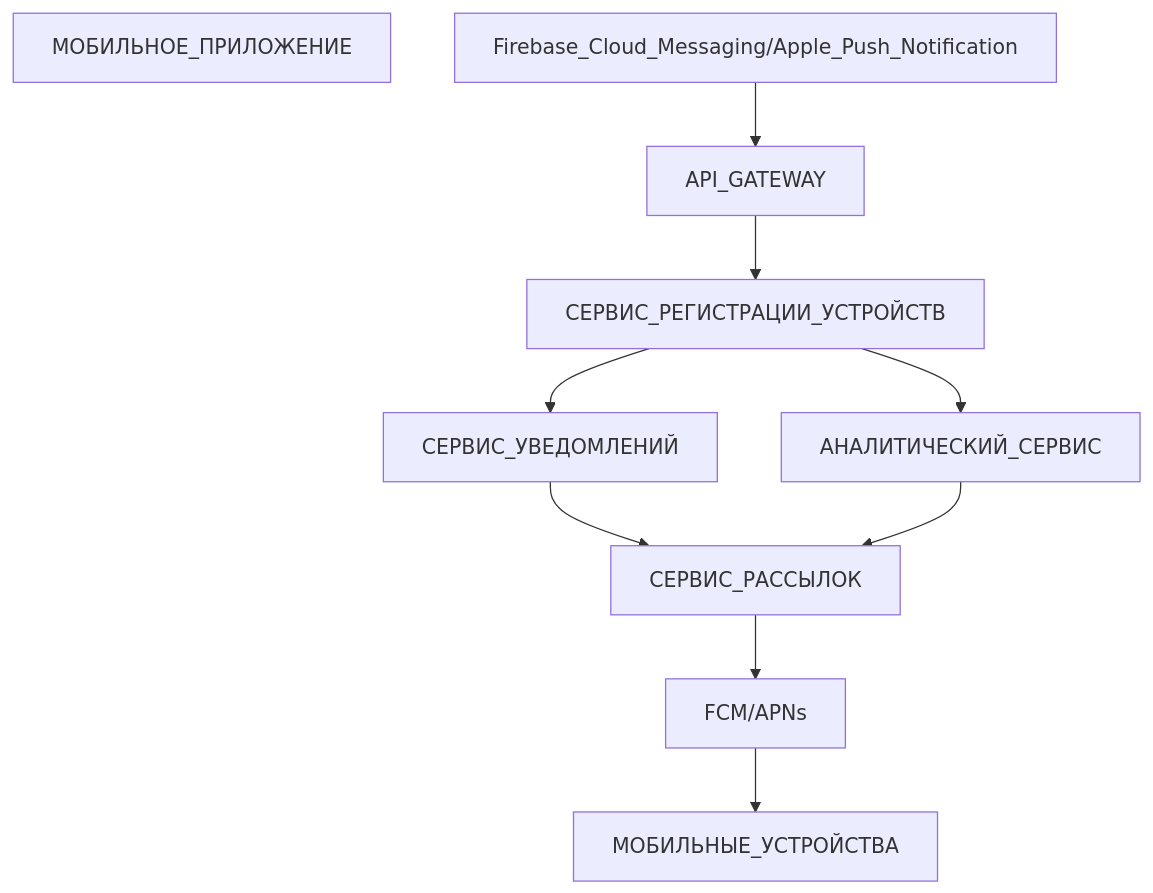
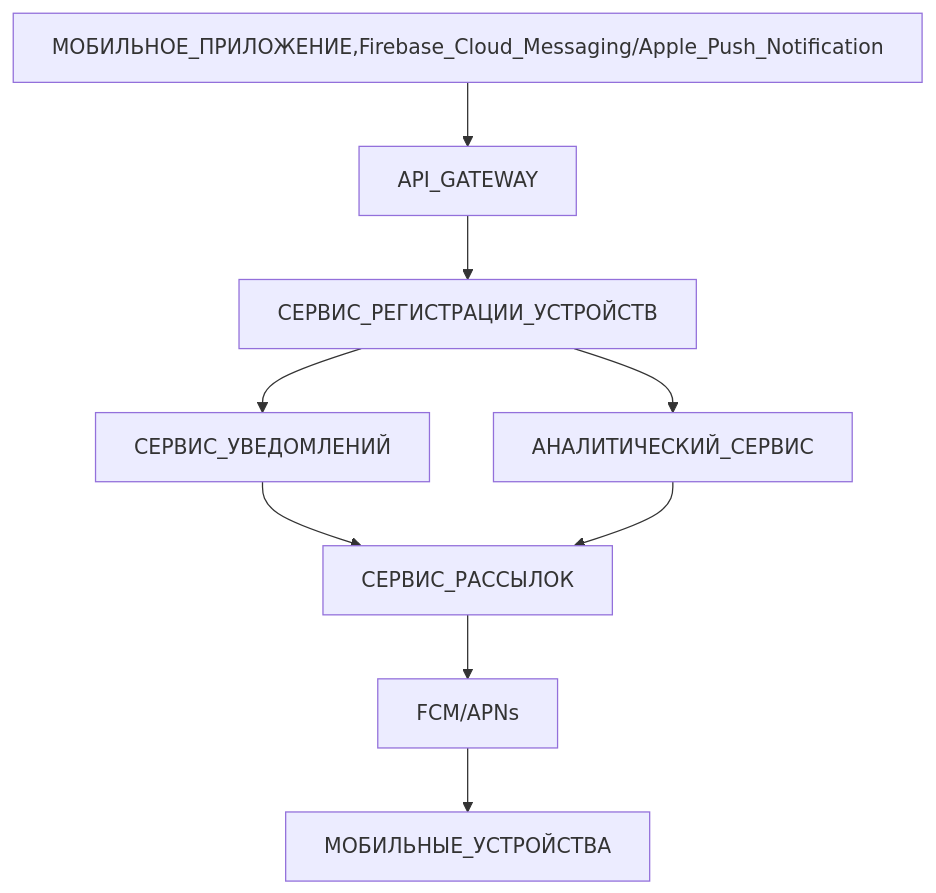
Before and after one commit to olegmuhortov/sa: the diagram in №3.md, drawn with Mermaid.

````diff
--- a/№3.md
+++ b/№3.md
@@ -1,12 +1,12 @@
 ```mermaid
 graph TD;
-    МОБИЛЬНОЕ_ПРИЛОЖЕНИЕ;Firebase_Cloud_Messaging/Apple_Push_Notification-->API_GATEWAY;
+    МОБИЛЬНОЕ_ПРИЛОЖЕНИЕ,Firebase_Cloud_Messaging/Apple_Push_Notification-->API_GATEWAY;
     API_GATEWAY-->СЕРВИС_РЕГИСТРАЦИИ_УСТРОЙСТВ;
     СЕРВИС_РЕГИСТРАЦИИ_УСТРОЙСТВ-->СЕРВИС_УВЕДОМЛЕНИЙ;
     СЕРВИС_РЕГИСТРАЦИИ_УСТРОЙСТВ-->АНАЛИТИЧЕСКИЙ_СЕРВИС;
     СЕРВИС_УВЕДОМЛЕНИЙ-->СЕРВИС_РАССЫЛОК;
     АНАЛИТИЧЕСКИЙ_СЕРВИС-->СЕРВИС_РАССЫЛОК;
     СЕРВИС_РАССЫЛОК-->FCM/APNs;
     FCM/APNs-->МОБИЛЬНЫЕ_УСТРОЙСТВА;
     
 ```
````
